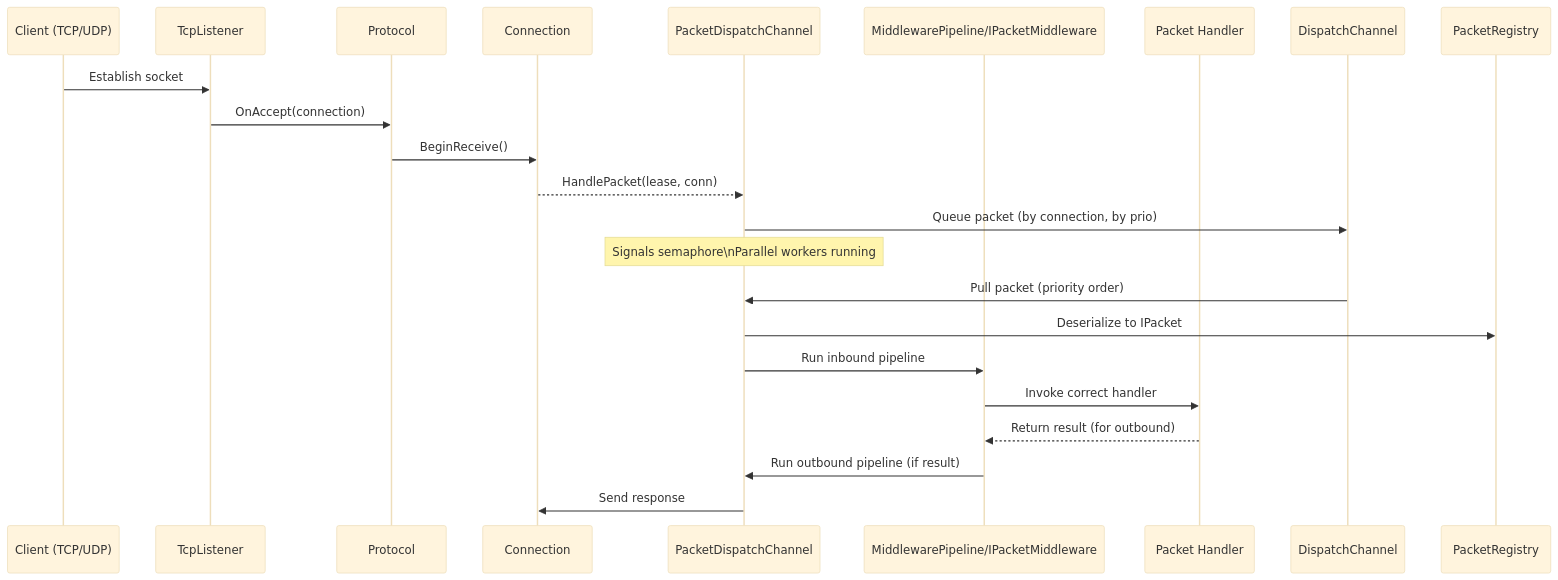
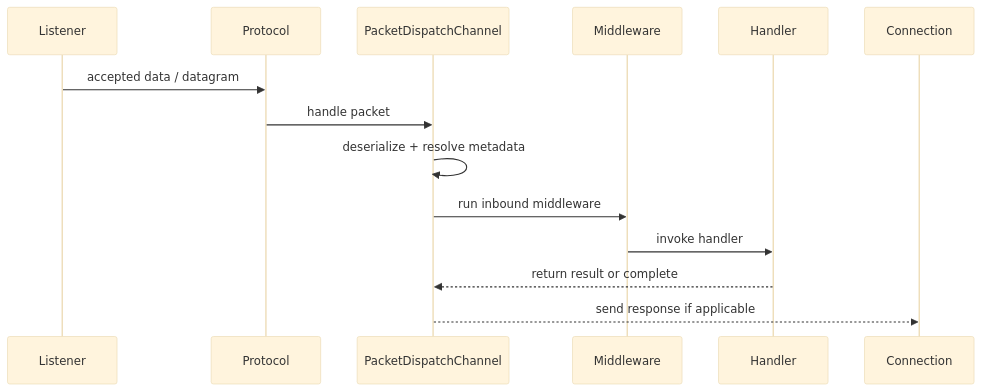
The second of 2 diagrams in docs/concepts/architecture.md (ppn-systems/nalix-docs), drawn with Mermaid (base theme) before and after one commit. The commit also changed other lines of this file and 170 other files, not shown here.

````diff
--- a/docs/concepts/architecture.md
+++ b/docs/concepts/architecture.md
@@ -128,24 +85,17 @@
 ```mermaid
 sequenceDiagram
-    participant Client as Client (TCP/UDP)
-    participant TcpListener as TcpListener
-    participant Protocol as Protocol
-    participant Connection as Connection
-    participant Dispatch as PacketDispatchChannel
-    participant Middleware as MiddlewarePipeline/IPacketMiddleware
-    participant Handler as Packet Handler
+    participant L as Listener
+    participant P as Protocol
+    participant D as PacketDispatchChannel
+    participant M as Middleware
+    participant H as Handler
+    participant C as Connection
 
-    Client->>TcpListener: Establish socket
-    TcpListener->>Protocol: OnAccept(connection)
-    Protocol->>Connection: BeginReceive()
-    Connection-->>Dispatch: HandlePacket(lease, conn)
-    Dispatch->>DispatchChannel: Queue packet (by connection, by prio)
-    Note over Dispatch: Signals semaphore\nParallel workers running
-    DispatchChannel->>Dispatch: Pull packet (priority order)
-    Dispatch->>PacketRegistry: Deserialize to IPacket
-    Dispatch->>Middleware: Run inbound pipeline
-    Middleware->>Handler: Invoke correct handler
-    Handler-->>Middleware: Return result (for outbound)
-    Middleware->>Dispatch: Run outbound pipeline (if result)
-    Dispatch->>Connection: Send response
+    L->>P: accepted data / datagram
+    P->>D: handle packet
+    D->>D: deserialize + resolve metadata
+    D->>M: run inbound middleware
+    M->>H: invoke handler
+    H-->>D: return result or complete
+    D-->>C: send response if applicable
 ```
````
